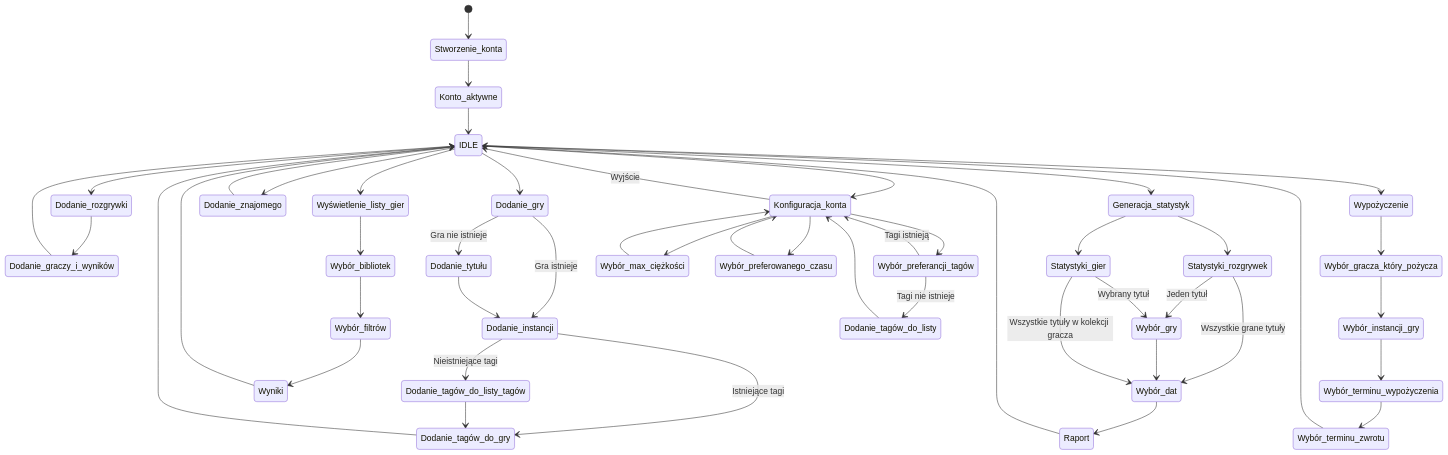
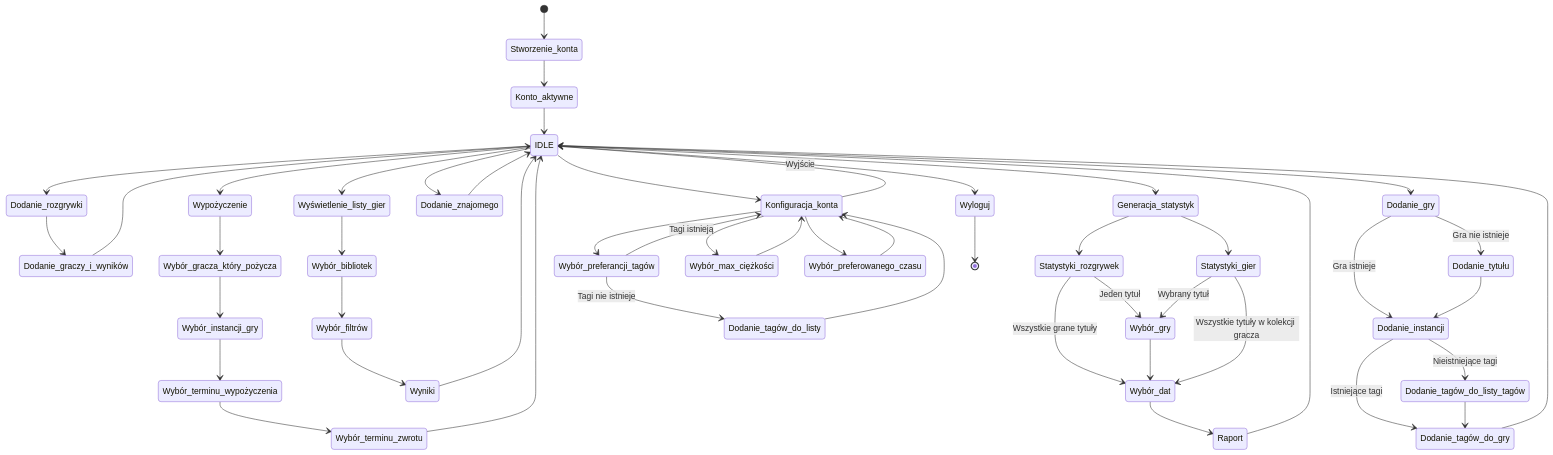
The second of 2 diagrams in BD/scheme.md (Sammaeliusz/PC-Repo), drawn with Mermaid before and after one commit.

````diff
--- a/BD/scheme.md
+++ b/BD/scheme.md
@@ -81,51 +81,53 @@
 ``` mermaid
 stateDiagram-v2
     [*] --> Stworzenie_konta
 
     Stworzenie_konta --> Konto_aktywne
     Konto_aktywne --> IDLE
     IDLE --> Dodanie_gry
     IDLE --> Dodanie_rozgrywki
     Dodanie_rozgrywki --> Dodanie_graczy_i_wyników
     Dodanie_graczy_i_wyników --> IDLE
     Dodanie_gry --> Dodanie_instancji : Gra istnieje
     Dodanie_gry --> Dodanie_tytułu : Gra nie istnieje
     Dodanie_tytułu --> Dodanie_instancji
     Dodanie_instancji --> Dodanie_tagów_do_listy_tagów : Nieistniejące tagi
     Dodanie_instancji --> Dodanie_tagów_do_gry : Istniejące tagi
     Dodanie_tagów_do_listy_tagów --> Dodanie_tagów_do_gry
     Dodanie_tagów_do_gry --> IDLE
     IDLE --> Wyświetlenie_listy_gier
     Wyświetlenie_listy_gier --> Wybór_bibliotek
     Wybór_bibliotek --> Wybór_filtrów
     Wybór_filtrów --> Wyniki
     Wyniki --> IDLE
     IDLE --> Generacja_statystyk
     Generacja_statystyk --> Statystyki_rozgrywek 
     Generacja_statystyk --> Statystyki_gier
     Statystyki_rozgrywek --> Wybór_dat : Wszystkie grane tytuły
     Statystyki_rozgrywek --> Wybór_gry : Jeden tytuł
     Wybór_dat --> Raport
     Wybór_gry --> Wybór_dat
     Statystyki_gier --> Wybór_gry : Wybrany tytuł
     Statystyki_gier --> Wybór_dat : Wszystkie tytuły w kolekcji gracza
     Raport --> IDLE
     IDLE --> Dodanie_znajomego
     Dodanie_znajomego --> IDLE
     IDLE --> Wypożyczenie
     Wypożyczenie --> Wybór_gracza_który_pożycza
     Wybór_gracza_który_pożycza --> Wybór_instancji_gry
     Wybór_instancji_gry --> Wybór_terminu_wypożyczenia
     Wybór_terminu_wypożyczenia --> Wybór_terminu_zwrotu
     Wybór_terminu_zwrotu --> IDLE
     IDLE --> Konfiguracja_konta
     Konfiguracja_konta --> IDLE : Wyjście
     Konfiguracja_konta --> Wybór_max_ciężkości
     Konfiguracja_konta --> Wybór_preferowanego_czasu
     Wybór_preferowanego_czasu --> Konfiguracja_konta
     Wybór_max_ciężkości --> Konfiguracja_konta
     Konfiguracja_konta --> Wybór_preferancji_tagów
     Wybór_preferancji_tagów --> Dodanie_tagów_do_listy : Tagi nie istnieje
     Wybór_preferancji_tagów --> Konfiguracja_konta : Tagi istnieją
     Dodanie_tagów_do_listy --> Konfiguracja_konta
+    IDLE --> Wyloguj
+    Wyloguj --> [*]
 ```
````
